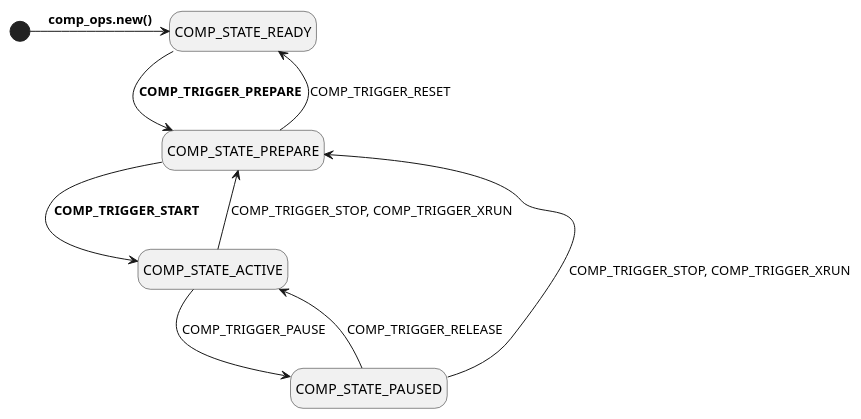
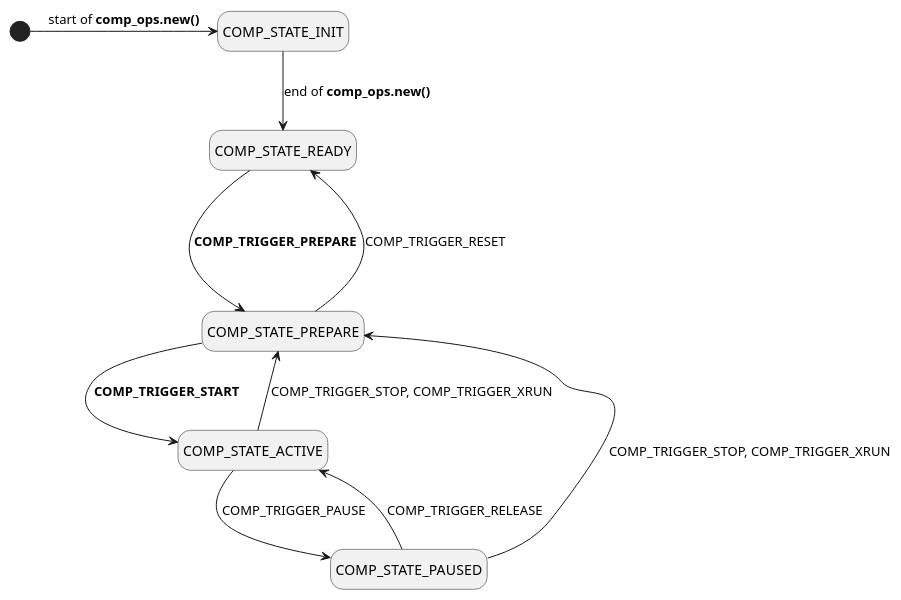
One commit to thesofproject/sof-docs changed the diagram in developer_guides/firmware/components/images/comp-dev-states.pu. Above: the diagram before and after it, drawn with PlantUML. The commit also changed 1 other file, not shown here.

Commit message:
developer guides: update components diagram
Add COMP_STATE_INIT to the diagram.

```diff
--- a/developer_guides/firmware/components/images/comp-dev-states.pu
+++ b/developer_guides/firmware/components/images/comp-dev-states.pu
@@ -1,15 +1,17 @@
 hide empty description
-[*] -right-> COMP_STATE_READY : <b>comp_ops.new()</b>
+[*] -right-> COMP_STATE_INIT : start of <b>comp_ops.new()</b>
 
-COMP_STATE_READY -right-> COMP_STATE_PREPARE : <b>COMP_TRIGGER_PREPARE</b>
+COMP_STATE_INIT --> COMP_STATE_READY : end of <b>comp_ops.new()</b>
+
+COMP_STATE_READY ---> COMP_STATE_PREPARE : <b>COMP_TRIGGER_PREPARE</b>
 
 COMP_STATE_PREPARE --> COMP_STATE_ACTIVE : <b>COMP_TRIGGER_START</b>
 
 COMP_STATE_ACTIVE --> COMP_STATE_PREPARE : COMP_TRIGGER_STOP, COMP_TRIGGER_XRUN
 COMP_STATE_PAUSED --> COMP_STATE_PREPARE : COMP_TRIGGER_STOP, COMP_TRIGGER_XRUN
 
 COMP_STATE_ACTIVE -> COMP_STATE_PAUSED : COMP_TRIGGER_PAUSE
 
 COMP_STATE_PAUSED --> COMP_STATE_ACTIVE : COMP_TRIGGER_RELEASE
 
 COMP_STATE_PREPARE --> COMP_STATE_READY : COMP_TRIGGER_RESET
```
